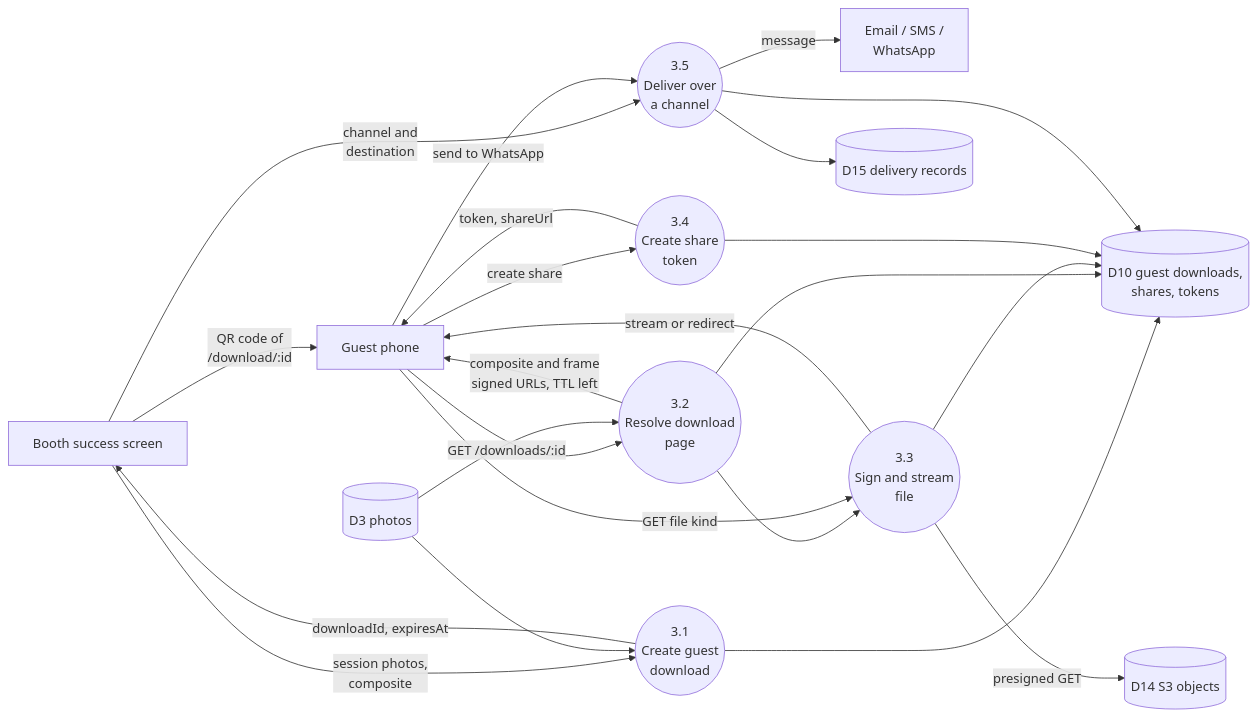
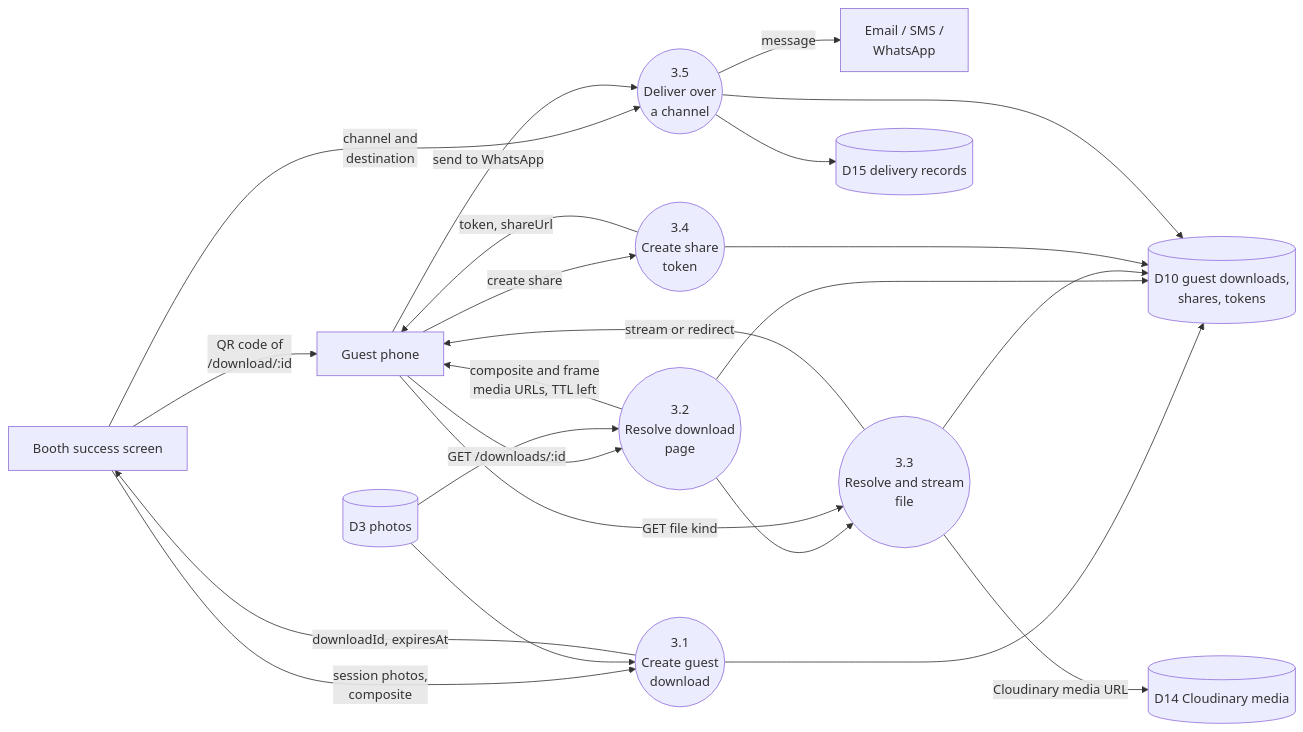
Diagram 13 of 29 in docs/DIAGRAMS.md (Krishna-Vineet/local), drawn with Mermaid before and after one commit. The commit also changed other lines of this file and 38 other files, not shown here.

````diff
--- a/docs/DIAGRAMS.md
+++ b/docs/DIAGRAMS.md
@@ -1158,38 +1163,38 @@
 ```mermaid
 flowchart LR
   E1["Guest phone"]
   E2["Booth success screen"]
   E3["Email / SMS /<br/>WhatsApp"]
   P31(("3.1<br/>Create guest<br/>download"))
   P32(("3.2<br/>Resolve download<br/>page"))
-  P33(("3.3<br/>Sign and stream<br/>file"))
+  P33(("3.3<br/>Resolve and stream<br/>file"))
   P34(("3.4<br/>Create share<br/>token"))
   P35(("3.5<br/>Deliver over<br/>a channel"))
   D10[("D10 guest downloads,<br/>shares, tokens")]
   D3[("D3 photos")]
-  D14[("D14 S3 objects")]
+  D14[("D14 Cloudinary media")]
   D15[("D15 delivery records")]
 
   E2 -->|"session photos,<br/>composite"| P31
   P31 -->|"downloadId, expiresAt"| E2
   P31 --> D10
   E2 -->|"QR code of<br/>/download/:id"| E1
   E1 -->|"GET /downloads/:id"| P32
-  P32 -->|"composite and frame<br/>signed URLs, TTL left"| E1
+  P32 -->|"composite and frame<br/>media URLs, TTL left"| E1
   P32 --> D10
   P32 --> P33
   E1 -->|"GET file kind"| P33
-  P33 -->|"presigned GET"| D14
+  P33 -->|"Cloudinary media URL"| D14
   P33 -->|"stream or redirect"| E1
   P33 --> D10
   E1 -->|"create share"| P34
   P34 -->|"token, shareUrl"| E1
   P34 --> D10
   E2 -->|"channel and<br/>destination"| P35
   P35 -->|"message"| E3
   P35 --> D15
   P35 --> D10
   E1 -->|"send to WhatsApp"| P35
   D3 --> P31
   D3 --> P32
 ```
````
